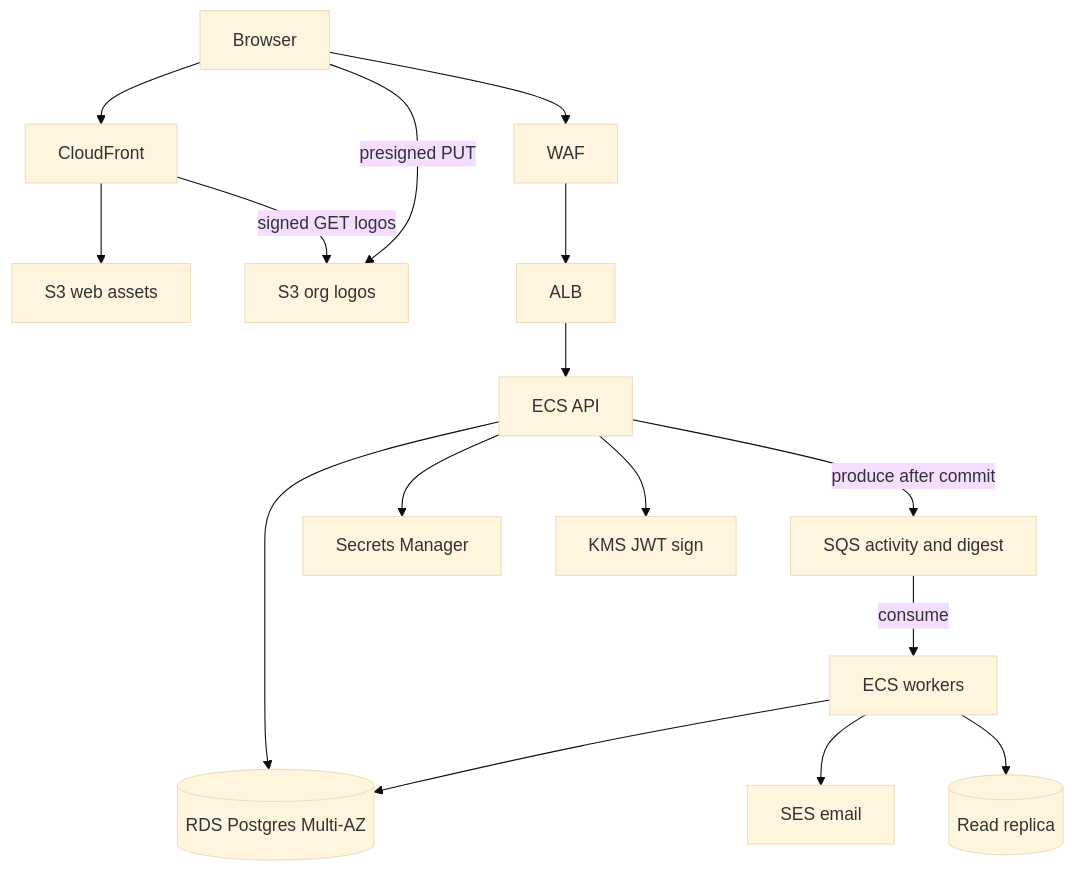
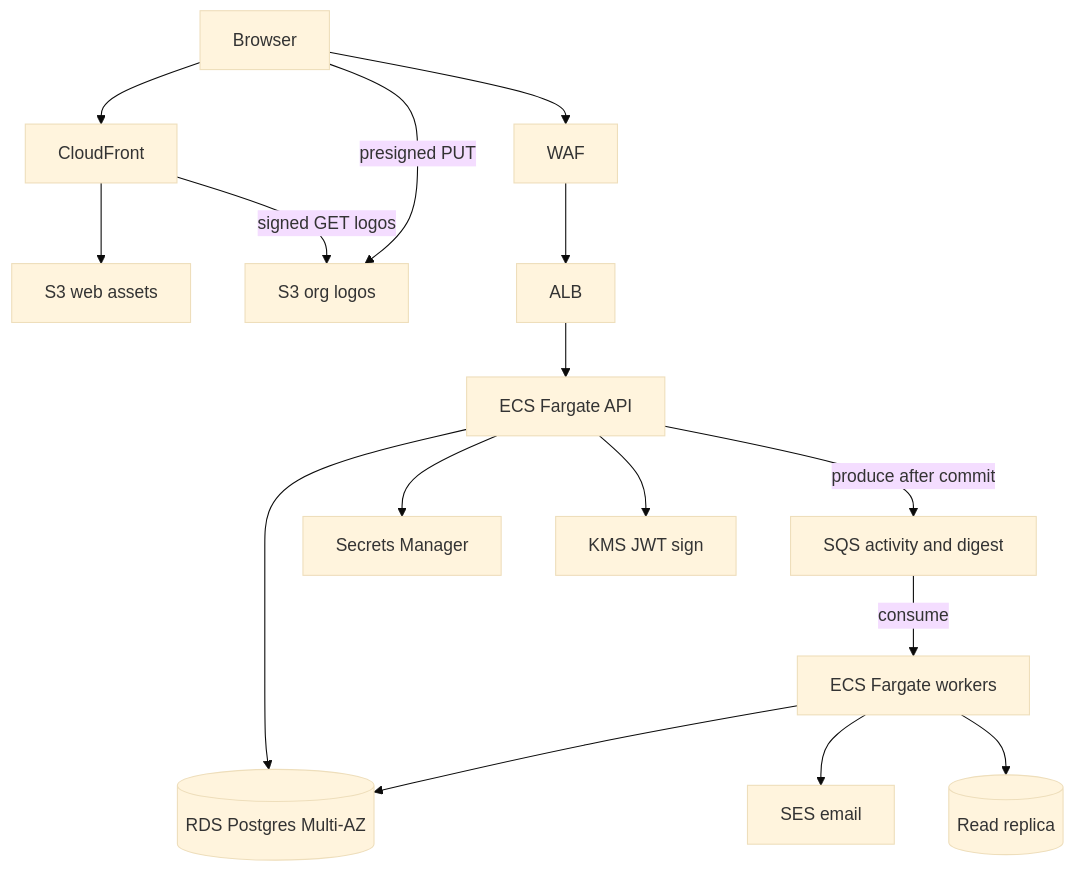
Before and after one commit to mashaole/multitenant: the diagram in SOLUTION.md, drawn with Mermaid (base theme). The commit also changed other lines of this file, not shown here.

Commit message:
docs: update ECS terminology in architecture diagram
Replaced references to ECS API and workers with ECS Fargate API and Fargate workers for clarity and consistency in the SOLUTION.md file.

````diff
--- a/SOLUTION.md
+++ b/SOLUTION.md
@@ -47,31 +47,31 @@
 ```mermaid
 flowchart TB
   Browser[Browser]
   CF[CloudFront]
   S3Web[S3 web assets]
   S3Logo[S3 org logos]
   WAF[WAF]
   ALB[ALB]
-  API[ECS API]
-  Worker[ECS workers]
+  API[ECS Fargate API]
+  Worker[ECS Fargate workers]
   RDS[(RDS Postgres Multi-AZ)]
   Replica[(Read replica)]
   SQS[SQS activity and digest]
   SES[SES email]
   SM[Secrets Manager]
   KMS[KMS JWT sign]
 
   Browser --> CF
   CF --> S3Web
   Browser -->|presigned PUT| S3Logo
   CF -->|signed GET logos| S3Logo
   Browser --> WAF --> ALB --> API
   API --> RDS
   API --> SM
   API --> KMS
   API -->|produce after commit| SQS
   SQS -->|consume| Worker
   Worker --> RDS
   Worker --> SES
   Worker --> Replica
 ```
````
